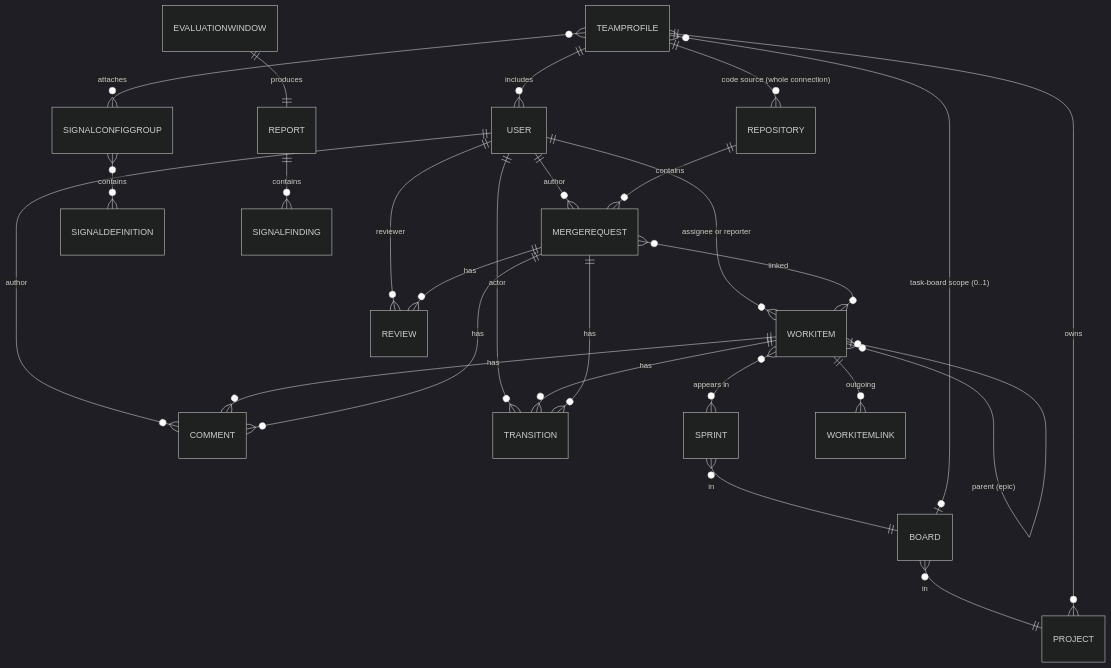
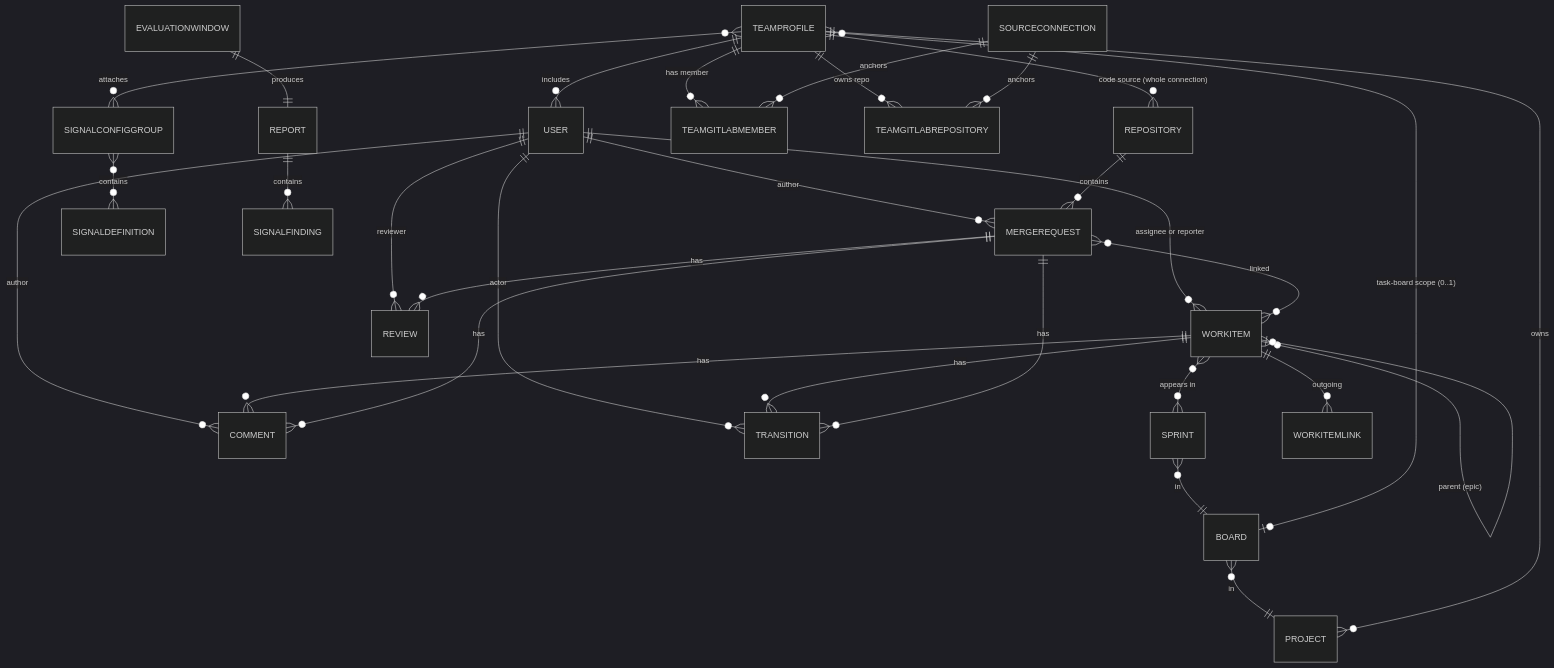
Before and after one commit to serdartas/em-radar: the diagram in docs/05-data-model.md, drawn with Mermaid (dark theme). The commit also changed other lines of this file and 7 other files, not shown here.

````diff
--- a/docs/05-data-model.md
+++ b/docs/05-data-model.md
@@ -30,33 +30,37 @@
 ```mermaid
 erDiagram
     USER ||--o{ WORKITEM : "assignee or reporter"
     USER ||--o{ MERGEREQUEST : "author"
     USER ||--o{ REVIEW : "reviewer"
     USER ||--o{ COMMENT : "author"
     USER ||--o{ TRANSITION : "actor"
 
     WORKITEM ||--o{ COMMENT : "has"
     WORKITEM ||--o{ TRANSITION : "has"
     WORKITEM }o--o{ SPRINT : "appears in"
     WORKITEM }o--o| WORKITEM : "parent (epic)"
     WORKITEM ||--o{ WORKITEMLINK : "outgoing"
 
     SPRINT }o--|| BOARD : "in"
     BOARD }o--|| PROJECT : "in"
 
     REPOSITORY ||--o{ MERGEREQUEST : "contains"
     MERGEREQUEST ||--o{ REVIEW : "has"
     MERGEREQUEST ||--o{ COMMENT : "has"
     MERGEREQUEST ||--o{ TRANSITION : "has"
     MERGEREQUEST }o--o{ WORKITEM : "linked"
 
     TEAMPROFILE ||--o{ PROJECT : "owns"
     TEAMPROFILE ||--o{ REPOSITORY : "code source (whole connection)"
     TEAMPROFILE ||--o{ USER : "includes"
     TEAMPROFILE }o--o| BOARD : "task-board scope (0..1)"
     TEAMPROFILE }o--o{ SIGNALCONFIGGROUP : "attaches"
+    TEAMPROFILE ||--o{ TEAMGITLABMEMBER : "has member"
+    TEAMPROFILE ||--o{ TEAMGITLABREPOSITORY : "owns repo"
+    SOURCECONNECTION ||--o{ TEAMGITLABMEMBER : "anchors"
+    SOURCECONNECTION ||--o{ TEAMGITLABREPOSITORY : "anchors"
     SIGNALCONFIGGROUP }o--o{ SIGNALDEFINITION : "contains"
 
     EVALUATIONWINDOW ||--|| REPORT : "produces"
     REPORT ||--o{ SIGNALFINDING : "contains"
 ```
````
